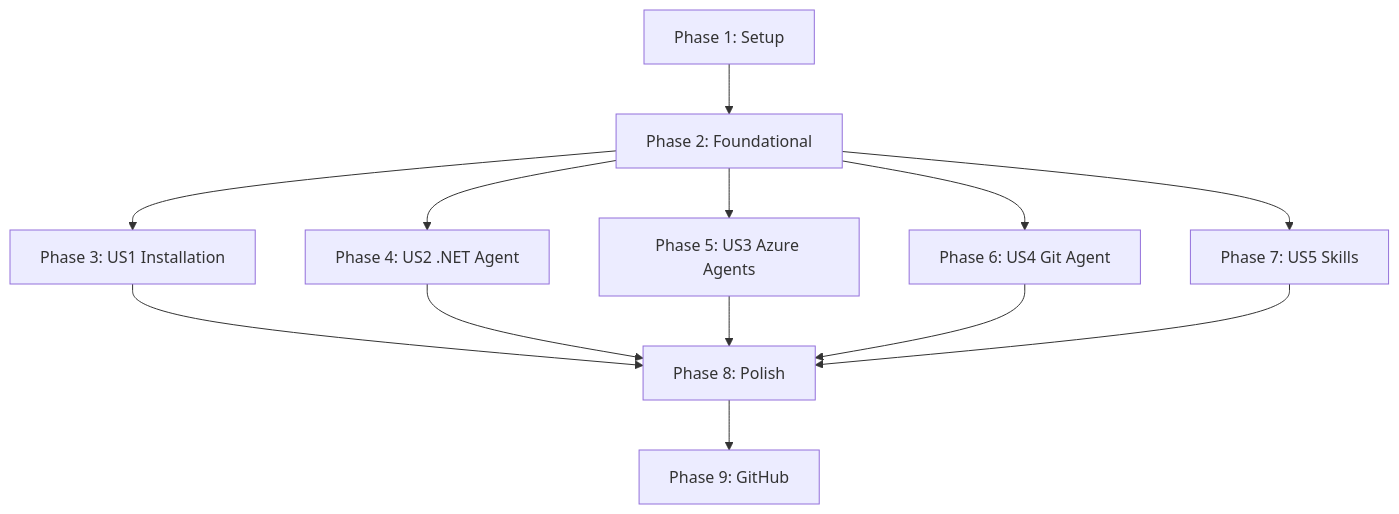
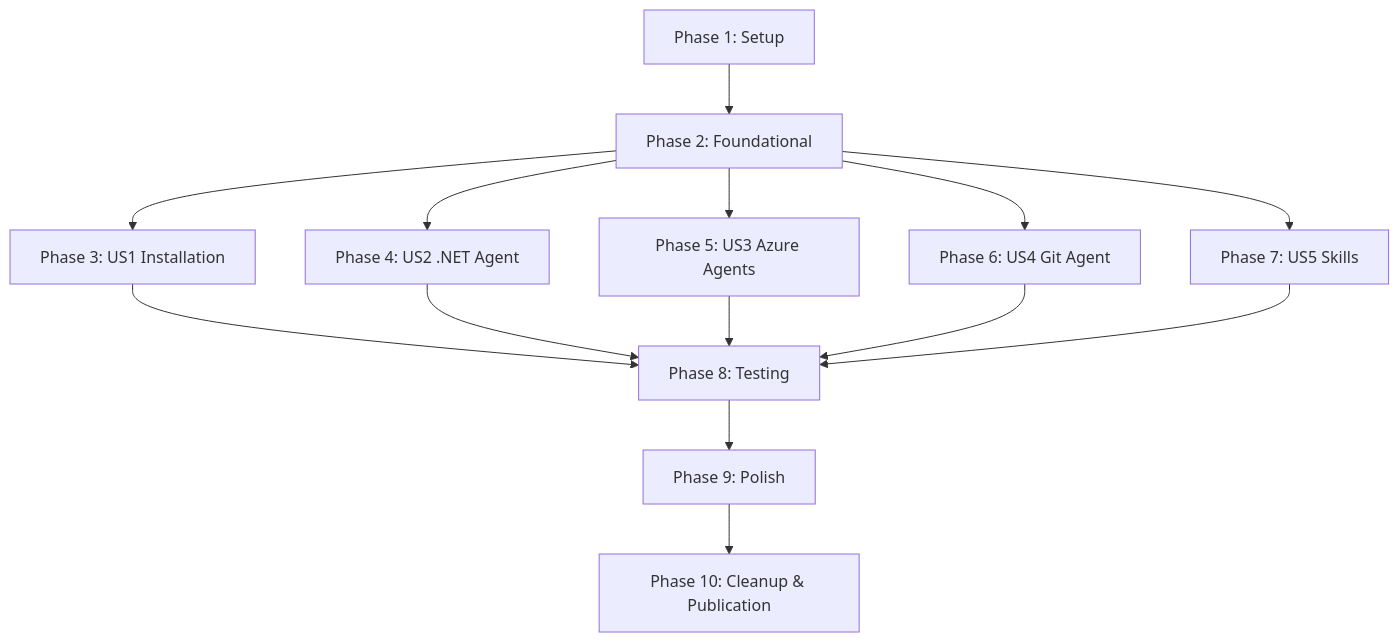
Before and after one commit to NotMyself/claude-dotnet-plugin: the diagram in specs/001-installable-plugin/tasks.md, drawn with Mermaid. The commit also changed other lines of this file and 1 other file, not shown here.

````diff
--- a/specs/001-installable-plugin/tasks.md
+++ b/specs/001-installable-plugin/tasks.md
@@ -355,15 +490,16 @@
 ```mermaid
 graph TD
     P1[Phase 1: Setup] --> P2[Phase 2: Foundational]
     P2 --> P3[Phase 3: US1 Installation]
     P2 --> P4[Phase 4: US2 .NET Agent]
     P2 --> P5[Phase 5: US3 Azure Agents]
     P2 --> P6[Phase 6: US4 Git Agent]
     P2 --> P7[Phase 7: US5 Skills]
-    P3 --> P8[Phase 8: Polish]
+    P3 --> P8[Phase 8: Testing]
     P4 --> P8
     P5 --> P8
     P6 --> P8
     P7 --> P8
-    P8 --> P9[Phase 9: GitHub]
+    P8 --> P9[Phase 9: Polish]
+    P9 --> P10[Phase 10: Cleanup & Publication]
 ```
````
